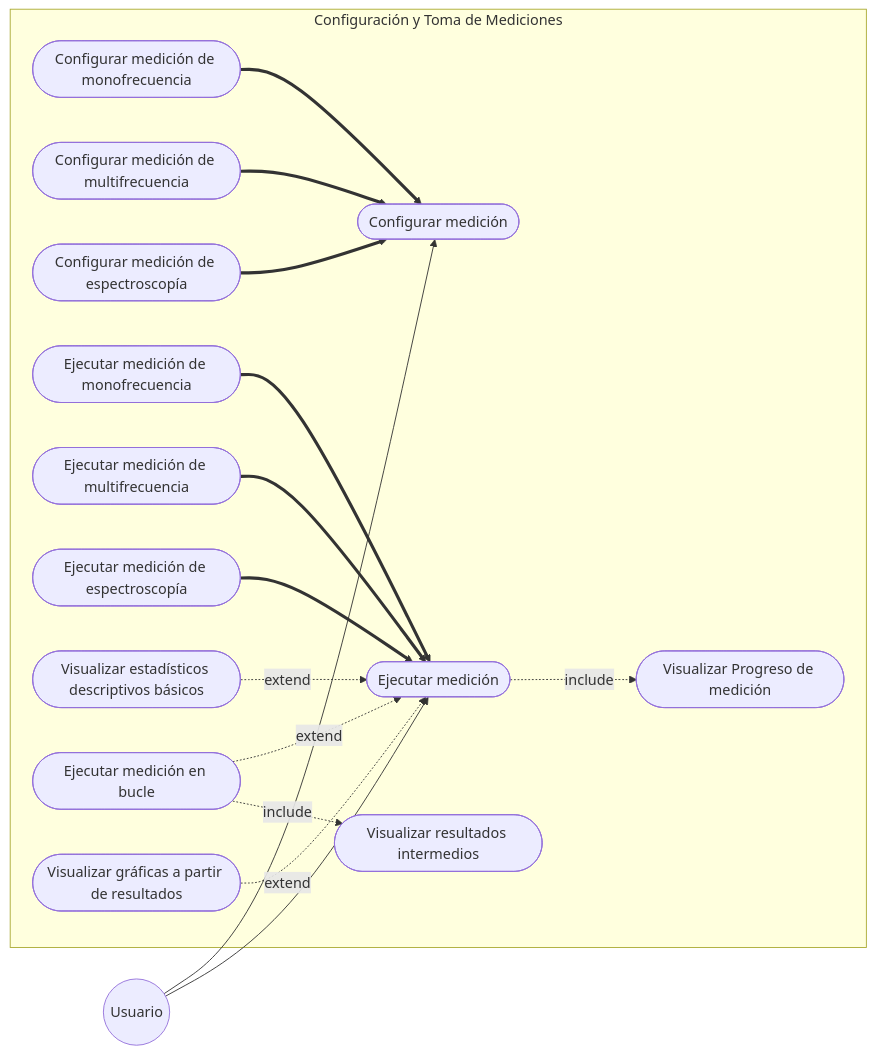
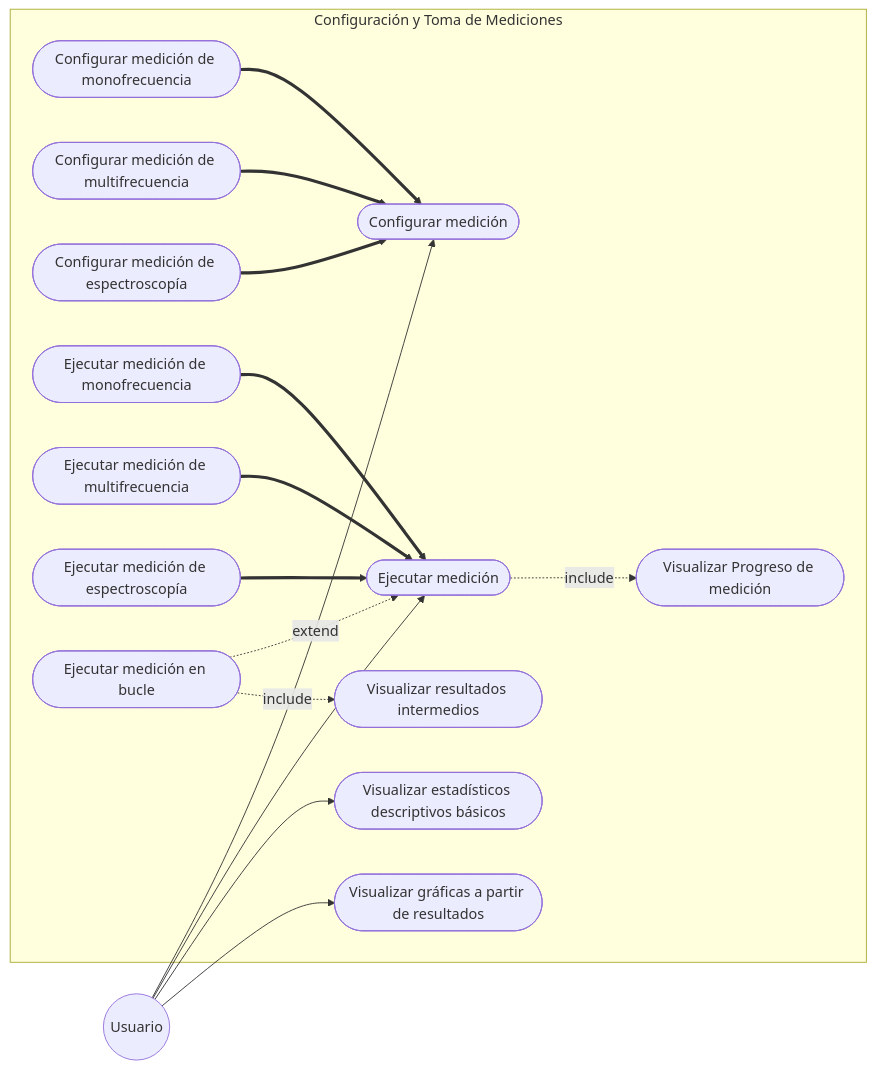
Before and after one commit to alegrelias/Repo-GMini: the third of 5 diagrams in Gmini-MarkDown/Diagramas/Diagramas de CU.md, drawn with Mermaid. The commit also changed other lines of this file, not shown here.

Commit message:
Se modifican diagramas de CU

````diff
--- a/Gmini-MarkDown/Diagramas/Diagramas de CU.md
+++ b/Gmini-MarkDown/Diagramas/Diagramas de CU.md
@@ -46,41 +46,41 @@
 ```mermaid
 flowchart LR
 %% Actores
 Usuario((Usuario))
 
 subgraph Configuración y Toma de Mediciones
 	CU7([Configurar medición])
 	CU8([Configurar medición de monofrecuencia])
 	CU9([Configurar medición de multifrecuencia])
 	CU10([Configurar medición de espectroscopía])
 	CU11([Ejecutar medición])
 	CU12([Ejecutar medición de monofrecuencia])
 	CU13([Ejecutar medición de multifrecuencia])
 	CU14([Ejecutar medición de espectroscopía])
 	CU15([Visualizar Progreso de medición])
 	CU16([Visualizar estadísticos descriptivos básicos])
 	CU17([Ejecutar medición en bucle])
 	CU18([Visualizar gráficas a partir de resultados])
 	CU19([Visualizar resultados intermedios])
 end
 
 %% Generalización
 CU8 ==> CU7
 CU9 ==> CU7
 CU10 ==> CU7
 CU12 ==> CU11
 CU13 ==> CU11
 CU14 ==> CU11
 
 
 %% Asociaciones
 Usuario --> CU7
 Usuario --> CU11
+Usuario --> CU16
+Usuario --> CU18
 
 %% Relaciones Include/Extend
 CU11 -.include.-> CU15
-CU16 -.extend.-> CU11
 CU17 -.extend.-> CU11
-CU18 -.extend.-> CU11
 CU17 -.include.-> CU19
 ```
````
